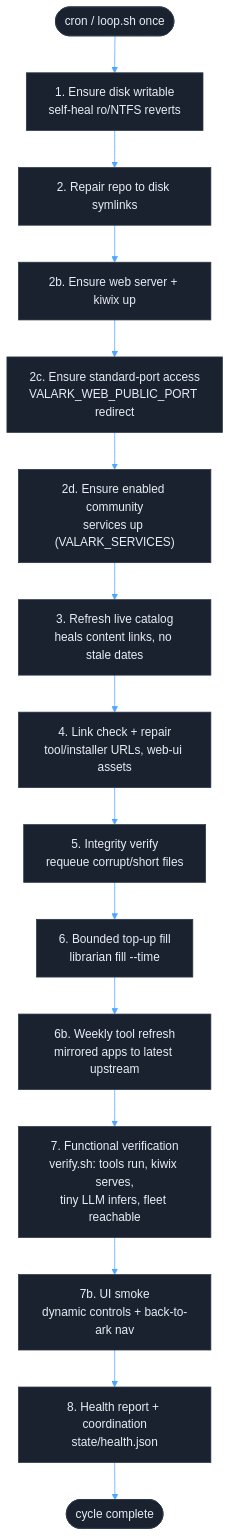
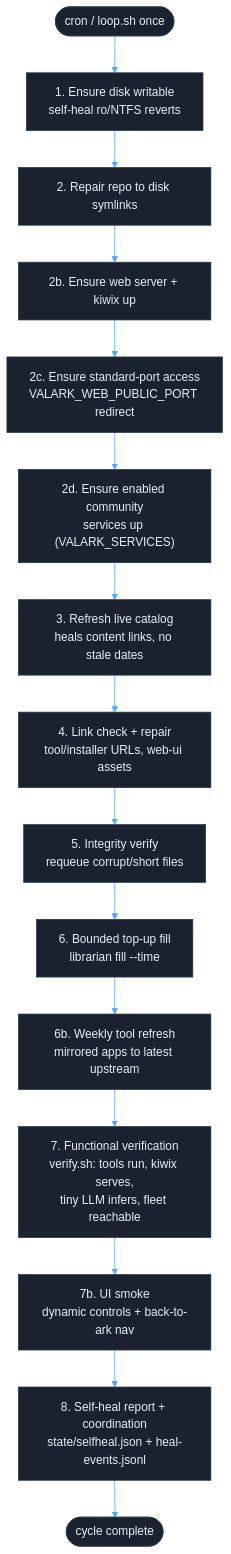
The third of 6 diagrams in docs/ARCHITECTURE.md (mvalancy/val-ark), drawn with Mermaid before and after one commit. The commit also changed other lines of this file and 81 other files, not shown here.

````diff
--- a/docs/ARCHITECTURE.md
+++ b/docs/ARCHITECTURE.md
@@ -163,25 +174,25 @@
 ```mermaid
 %%{init: {'theme': 'base', 'themeVariables': {
   'primaryColor': '#1a2230',
   'primaryBorderColor': '#2a3545',
   'primaryTextColor': '#e8edf4',
   'lineColor': '#4da6ff',
   'secondaryColor': '#131921',
   'tertiaryColor': '#0a0e14'
 }}}%%
 flowchart TD
     CRON([cron / loop.sh once]) --> WRITE["1. Ensure disk writable<br/>self-heal ro/NTFS reverts"]
     WRITE --> LAYOUT["2. Repair repo to disk symlinks"]
     LAYOUT --> WEB["2b. Ensure web server + kiwix up"]
     WEB --> PUB["2c. Ensure standard-port access<br/>VALARK_WEB_PUBLIC_PORT redirect"]
     PUB --> SVCS["2d. Ensure enabled community<br/>services up (VALARK_SERVICES)"]
     SVCS --> REFRESH["3. Refresh live catalog<br/>heals content links, no stale dates"]
     REFRESH --> LINK["4. Link check + repair<br/>tool/installer URLs, web-ui assets"]
     LINK --> INTEG["5. Integrity verify<br/>requeue corrupt/short files"]
     INTEG --> FILL["6. Bounded top-up fill<br/>librarian fill --time"]
     FILL --> TOOLREF["6b. Weekly tool refresh<br/>mirrored apps to latest upstream"]
     TOOLREF --> FUNC["7. Functional verification<br/>verify.sh: tools run, kiwix serves,<br/>tiny LLM infers, fleet reachable"]
     FUNC --> UISMOKE["7b. UI smoke<br/>dynamic controls + back-to-ark nav"]
-    UISMOKE --> REPORT["8. Health report + coordination<br/>state/health.json"]
+    UISMOKE --> REPORT["8. Self-heal report + coordination<br/>state/selfheal.json + heal-events.jsonl"]
     REPORT --> DONE([cycle complete])
 ```
````
